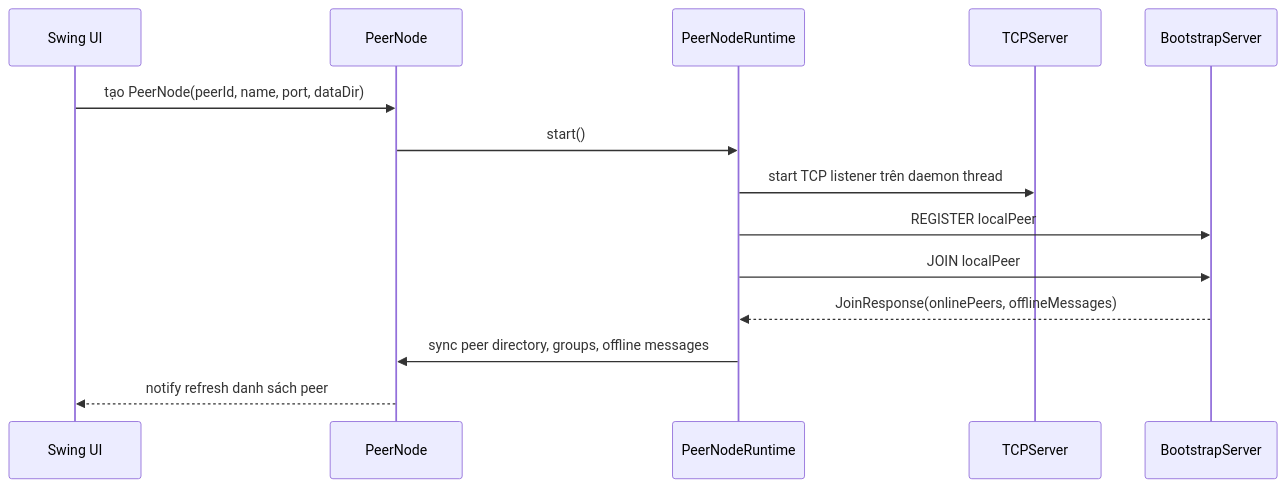
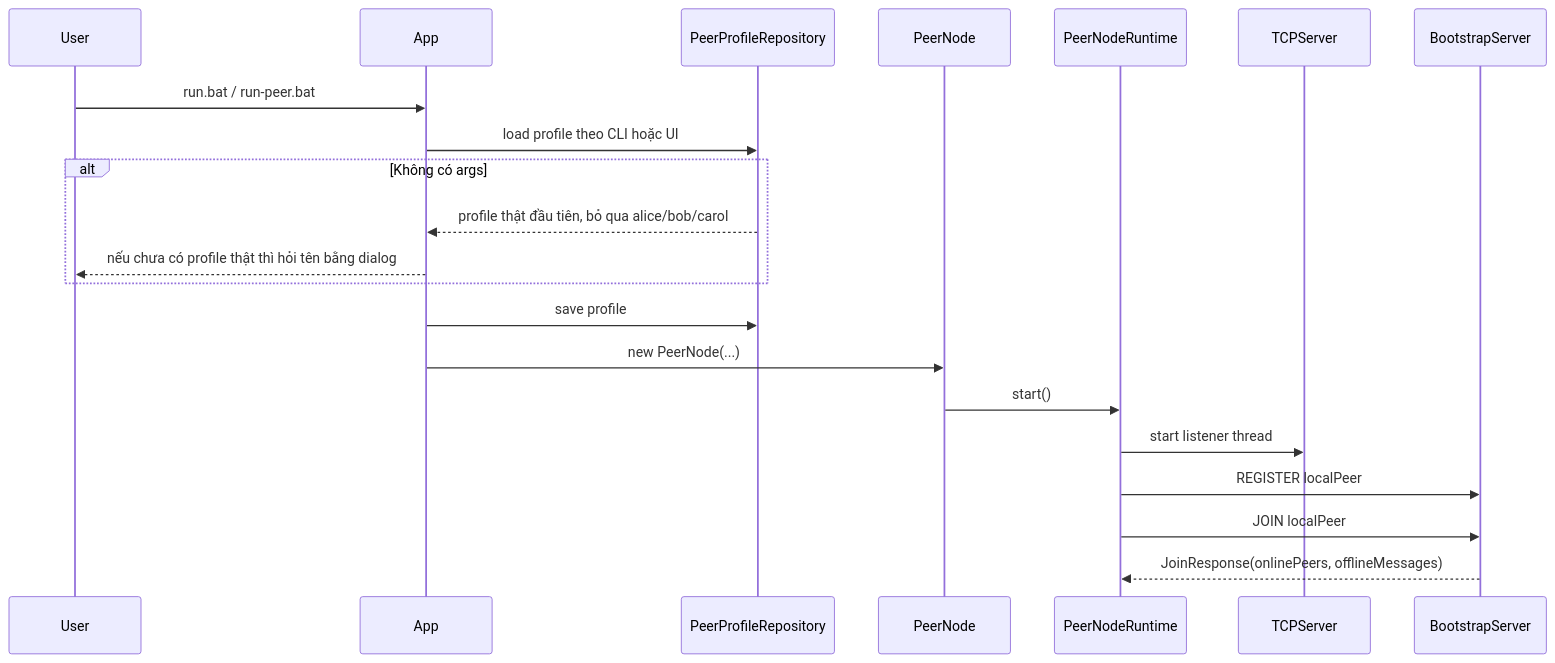
One commit to dungcony/p2p changed the second of 4 diagrams in docs/nop-bai/02_bao_cao_kien_truc_he_thong.md. Above: the diagram before and after it, drawn with Mermaid. The commit also changed other lines of this file and 9 other files, not shown here.

````diff
--- a/docs/nop-bai/02_bao_cao_kien_truc_he_thong.md
+++ b/docs/nop-bai/02_bao_cao_kien_truc_he_thong.md
@@ -104,17 +93,24 @@
 ```mermaid
 sequenceDiagram
-    participant UI as Swing UI
+    participant U as User
+    participant App
+    participant Repo as PeerProfileRepository
     participant Node as PeerNode
     participant Runtime as PeerNodeRuntime
-    participant Server as TCPServer
-    participant Bootstrap as BootstrapServer
+    participant TCP as TCPServer
+    participant BS as BootstrapServer
 
-    UI->>Node: tạo PeerNode(peerId, name, port, dataDir)
+    U->>App: run.bat / run-peer.bat
+    App->>Repo: load profile theo CLI hoặc UI
+    alt Không có args
+        Repo-->>App: profile thật đầu tiên, bỏ qua alice/bob/carol
+        App-->>U: nếu chưa có profile thật thì hỏi tên bằng dialog
+    end
+    App->>Repo: save profile
+    App->>Node: new PeerNode(...)
     Node->>Runtime: start()
-    Runtime->>Server: start TCP listener trên daemon thread
-    Runtime->>Bootstrap: REGISTER localPeer
-    Runtime->>Bootstrap: JOIN localPeer
-    Bootstrap-->>Runtime: JoinResponse(onlinePeers, offlineMessages)
-    Runtime->>Node: sync peer directory, groups, offline messages
-    Node-->>UI: notify refresh danh sách peer
+    Runtime->>TCP: start listener thread
+    Runtime->>BS: REGISTER localPeer
+    Runtime->>BS: JOIN localPeer
+    BS-->>Runtime: JoinResponse(onlinePeers, offlineMessages)
 ```
````
